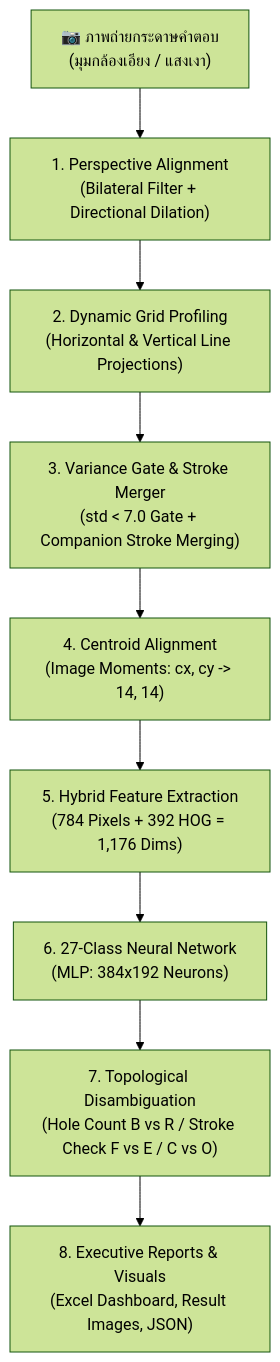
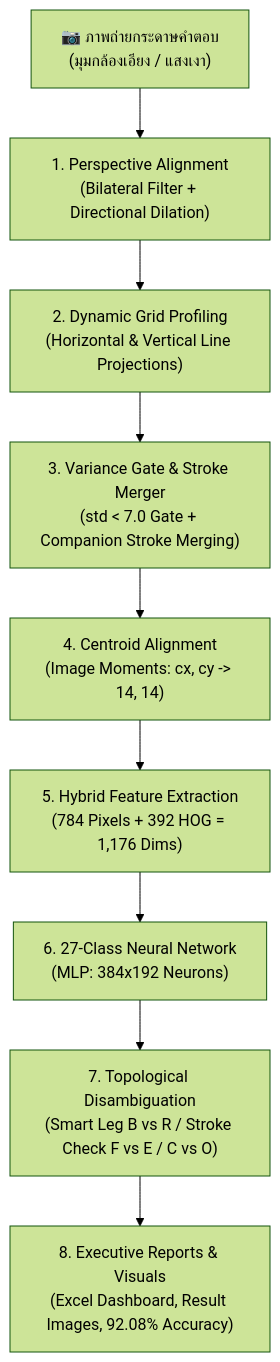
One commit to 67160213-ux/Project_CV changed the diagram in howtodo.md. Above: the diagram before and after it, drawn with Mermaid (forest theme). The commit also changed other lines of this file and 1 other file, not shown here.

Commit message:
docs: update howtodo.md to reflect 92.08% accuracy and 6-sheet benchmark

````diff
--- a/howtodo.md
+++ b/howtodo.md
@@ -36,11 +36,11 @@
 ```mermaid
 graph TD
     A["📷 ภาพถ่ายกระดาษคำตอบ<br/>(มุมกล้องเอียง / แสงเงา)"] --> B["1. Perspective Alignment<br/>(Bilateral Filter + Directional Dilation)"]
     B --> C["2. Dynamic Grid Profiling<br/>(Horizontal & Vertical Line Projections)"]
     C --> D["3. Variance Gate & Stroke Merger<br/>(std < 7.0 Gate + Companion Stroke Merging)"]
     D --> E["4. Centroid Alignment<br/>(Image Moments: cx, cy -> 14, 14)"]
     E --> F["5. Hybrid Feature Extraction<br/>(784 Pixels + 392 HOG = 1,176 Dims)"]
     F --> G["6. 27-Class Neural Network<br/>(MLP: 384x192 Neurons)"]
-    G --> H["7. Topological Disambiguation<br/>(Hole Count B vs R / Stroke Check F vs E / C vs O)"]
-    H --> I["8. Executive Reports & Visuals<br/>(Excel Dashboard, Result Images, JSON)"]
+    G --> H["7. Topological Disambiguation<br/>(Smart Leg B vs R / Stroke Check F vs E / C vs O)"]
+    H --> I["8. Executive Reports & Visuals<br/>(Excel Dashboard, Result Images, 92.08% Accuracy)"]
 ```
````
